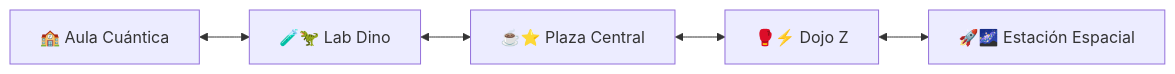
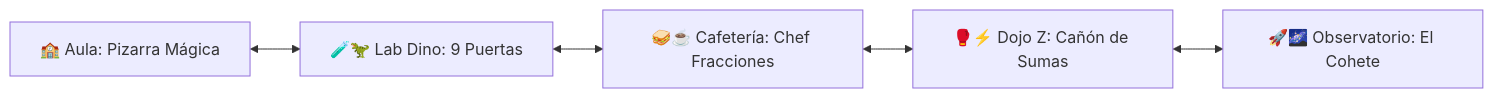
The diagram in README.md (coloapp/Juegos_Escolares), drawn with Mermaid before and after one commit. The commit also changed other lines of this file and 5 other files, not shown here.

````diff
--- a/README.md
+++ b/README.md
@@ -18,4 +17,4 @@
 ```mermaid
 graph LR
-    R1[🏫 Aula Cuántica] <--> R2[🧪🦖 Lab Dino] <--> R3[☕⭐ Plaza Central] <--> R4[🥊⚡ Dojo Z] <--> R5[🚀🌌 Estación Espacial]
+    R1[🏫 Aula: Pizarra Mágica] <--> R2[🧪🦖 Lab Dino: 9 Puertas] <--> R3[🥪☕ Cafetería: Chef Fracciones] <--> R4[🥊⚡ Dojo Z: Cañón de Sumas] <--> R5[🚀🌌 Observatorio: El Cohete]
 ```
````
